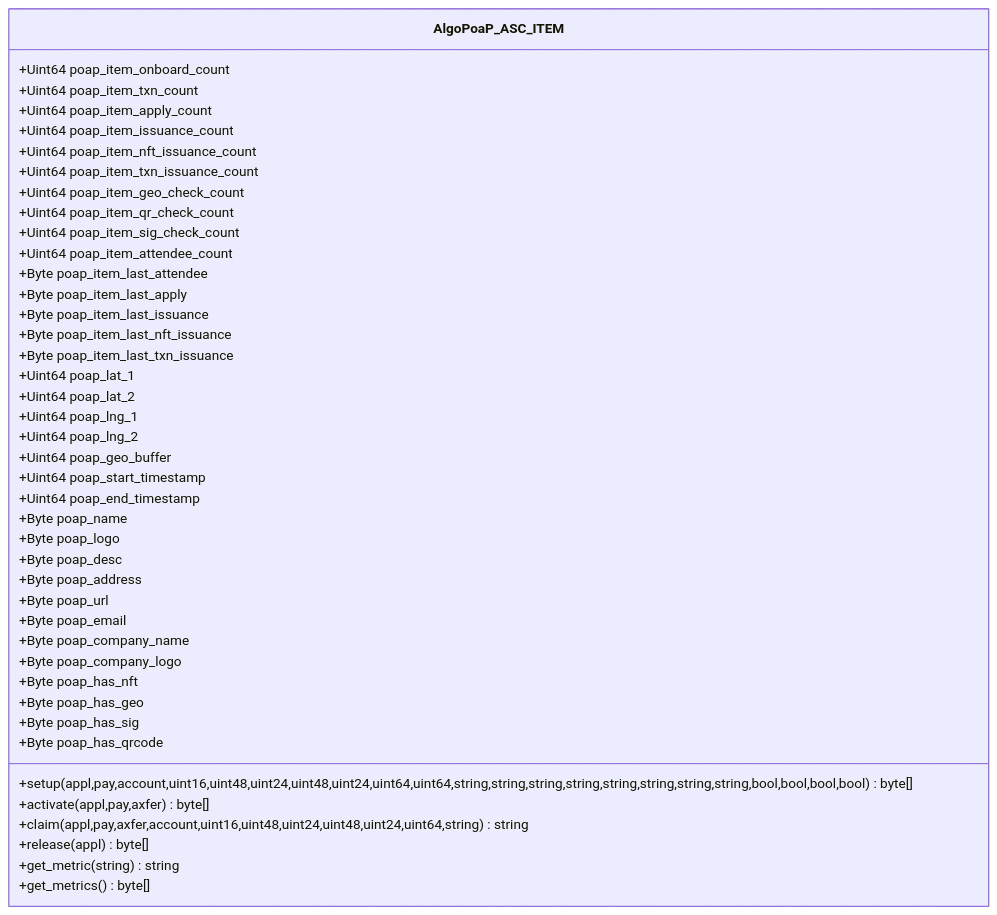
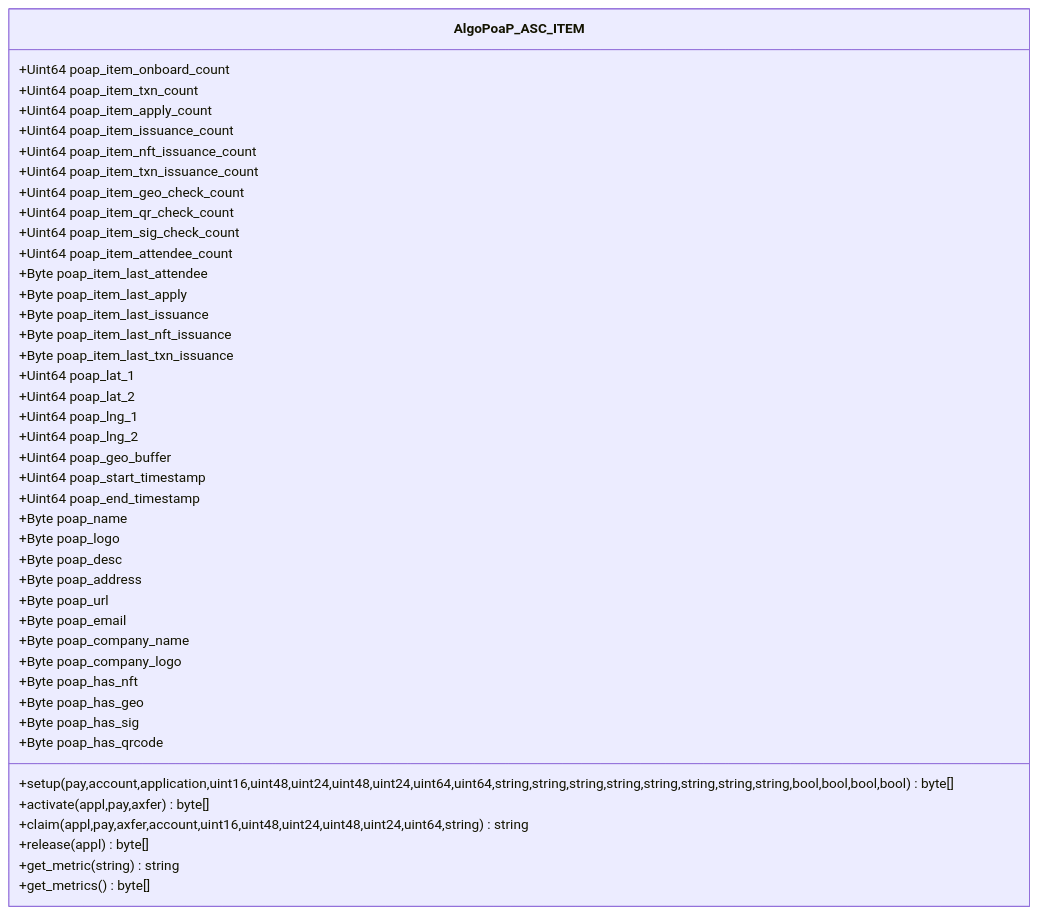
One commit to GoPlausible/.github changed the tenth of 10 diagrams in profile/README.md. Above: the diagram before and after it, drawn with Mermaid.

````diff
--- a/profile/README.md
+++ b/profile/README.md
@@ -594,53 +594,53 @@
 ```mermaid
   classDiagram
     class AlgoPoaP_ASC_ITEM
     AlgoPoaP_ASC_ITEM : +Uint64 poap_item_onboard_count
     AlgoPoaP_ASC_ITEM : +Uint64 poap_item_txn_count
     AlgoPoaP_ASC_ITEM : +Uint64 poap_item_apply_count
     AlgoPoaP_ASC_ITEM : +Uint64 poap_item_issuance_count
     AlgoPoaP_ASC_ITEM : +Uint64 poap_item_nft_issuance_count
     AlgoPoaP_ASC_ITEM : +Uint64 poap_item_txn_issuance_count
 
     AlgoPoaP_ASC_ITEM : +Uint64 poap_item_geo_check_count
     AlgoPoaP_ASC_ITEM : +Uint64 poap_item_qr_check_count
     AlgoPoaP_ASC_ITEM : +Uint64 poap_item_sig_check_count
 
     AlgoPoaP_ASC_ITEM : +Uint64 poap_item_attendee_count
     AlgoPoaP_ASC_ITEM : +Byte poap_item_last_attendee
     AlgoPoaP_ASC_ITEM : +Byte poap_item_last_apply
     AlgoPoaP_ASC_ITEM : +Byte poap_item_last_issuance
     AlgoPoaP_ASC_ITEM : +Byte poap_item_last_nft_issuance
     AlgoPoaP_ASC_ITEM : +Byte poap_item_last_txn_issuance
 
 
     AlgoPoaP_ASC_ITEM : +Uint64 poap_lat_1
     AlgoPoaP_ASC_ITEM : +Uint64 poap_lat_2
     AlgoPoaP_ASC_ITEM : +Uint64 poap_lng_1
     AlgoPoaP_ASC_ITEM : +Uint64 poap_lng_2
     AlgoPoaP_ASC_ITEM : +Uint64 poap_geo_buffer
     AlgoPoaP_ASC_ITEM : +Uint64 poap_start_timestamp
     AlgoPoaP_ASC_ITEM : +Uint64 poap_end_timestamp
     AlgoPoaP_ASC_ITEM : +Byte poap_name
     AlgoPoaP_ASC_ITEM : +Byte poap_logo
     AlgoPoaP_ASC_ITEM : +Byte poap_desc
     AlgoPoaP_ASC_ITEM : +Byte poap_address
     AlgoPoaP_ASC_ITEM : +Byte poap_url
     AlgoPoaP_ASC_ITEM : +Byte poap_email
     AlgoPoaP_ASC_ITEM : +Byte poap_company_name
     AlgoPoaP_ASC_ITEM : +Byte poap_company_logo
     AlgoPoaP_ASC_ITEM : +Byte poap_has_nft
     AlgoPoaP_ASC_ITEM : +Byte poap_has_geo
     AlgoPoaP_ASC_ITEM : +Byte poap_has_sig
     AlgoPoaP_ASC_ITEM : +Byte poap_has_qrcode
 
 
-    AlgoPoaP_ASC_ITEM : +setup(appl,pay,account,uint16,uint48,uint24,uint48,uint24,uint64,uint64,string,string,string,string,string,string,string,string,bool,bool,bool,bool)byte[]
+    AlgoPoaP_ASC_ITEM : +setup(pay,account,application,uint16,uint48,uint24,uint48,uint24,uint64,uint64,string,string,string,string,string,string,string,string,bool,bool,bool,bool)byte[]
     AlgoPoaP_ASC_ITEM : +activate(appl,pay,axfer)byte[]
     AlgoPoaP_ASC_ITEM : +claim(appl,pay,axfer,account,uint16,uint48,uint24,uint48,uint24,uint64,string)string
     AlgoPoaP_ASC_ITEM : +release(appl)byte[]
     AlgoPoaP_ASC_ITEM : +get_metric(string)string
     AlgoPoaP_ASC_ITEM : +get_metrics()byte[]
     
   
     
 ```
````
